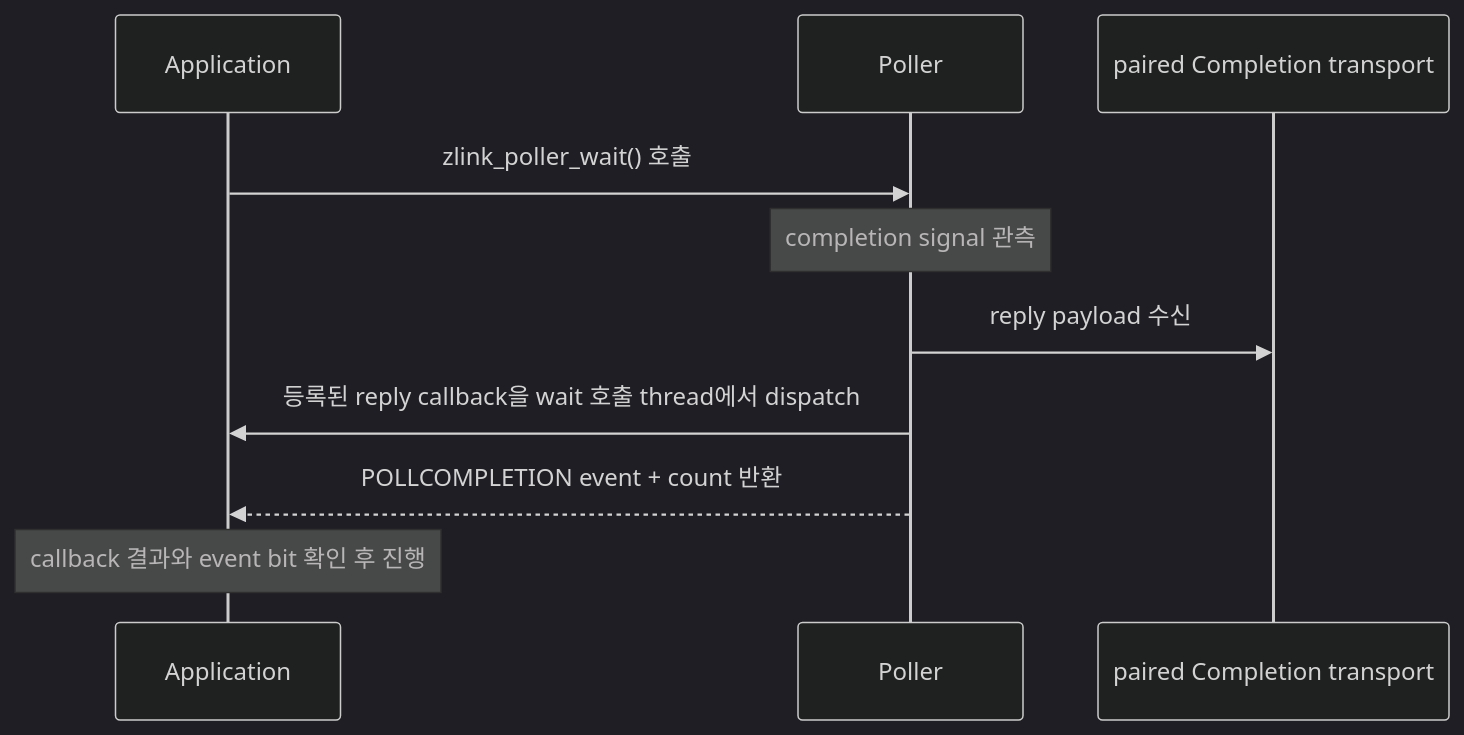
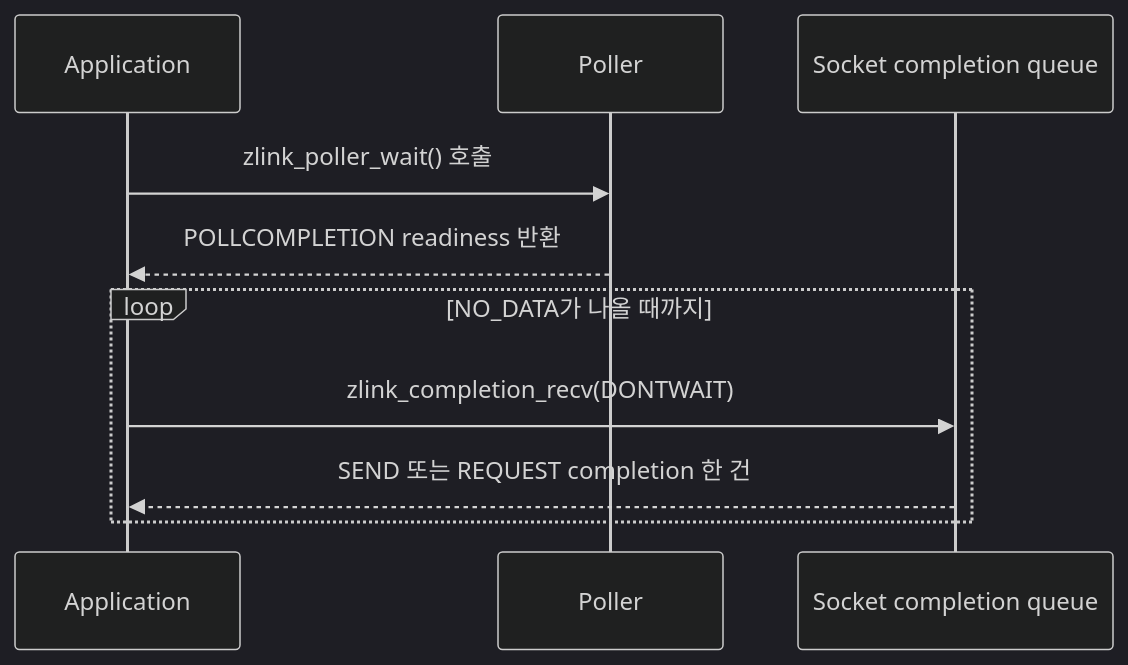
The diagram in core/doc/spec/core/05-polling.ko.md (zlink-systems/zlink), drawn with Mermaid (dark theme) before and after one commit. The commit also changed other lines of this file and 49 other files, not shown here.

First line of the commit message:
docs(spec): define pull socket completion and receive contracts

````diff
--- a/core/doc/spec/core/05-polling.ko.md
+++ b/core/doc/spec/core/05-polling.ko.md
@@ -80,12 +75,12 @@
 ```mermaid
 sequenceDiagram
     participant App as Application
     participant P as Poller
-    participant CT as paired Completion transport
+    participant S as Socket completion queue
     App->>P: zlink_poller_wait() 호출
-    Note over P: completion signal 관측
-    P->>CT: reply payload 수신
-    P->>App: 등록된 reply callback을 wait 호출 thread에서 dispatch
-    P-->>App: POLLCOMPLETION event + count 반환
-    Note over App: callback 결과와 event bit 확인 후 진행
+    P-->>App: POLLCOMPLETION readiness 반환
+    loop NO_DATA가 나올 때까지
+        App->>S: zlink_completion_recv(DONTWAIT)
+        S-->>App: SEND 또는 REQUEST completion 한 건
+    end
 ```
````
